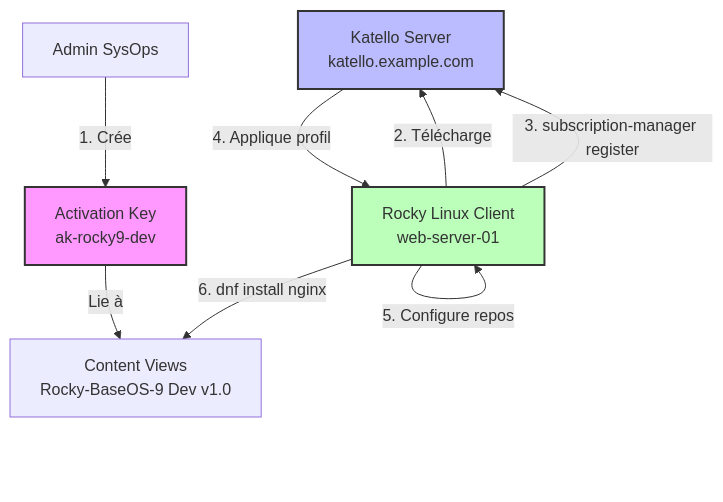
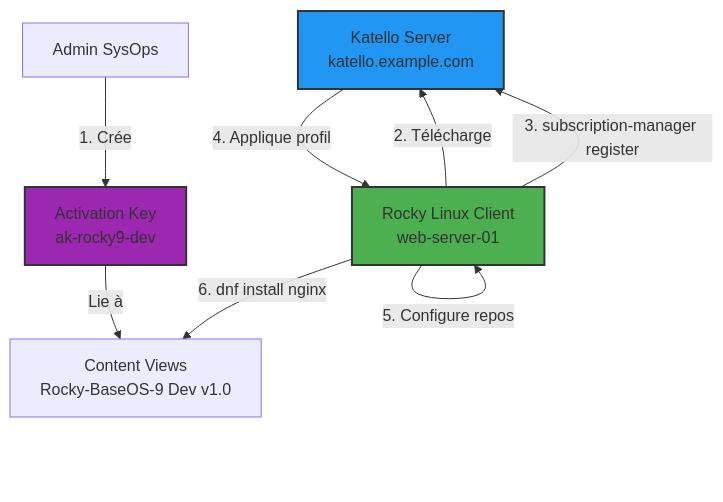
The first of 2 diagrams in docs/formations/katello/03-module.md (VBlackJack/ShellBook), drawn with Mermaid before and after one commit. The commit also changed other lines of this file and 337 other files, not shown here.

First line of the commit message:
refactor(docs): Standardize code blocks and Mermaid colors

````diff
--- a/docs/formations/katello/03-module.md
+++ b/docs/formations/katello/03-module.md
@@ -54,20 +54,20 @@
 ```mermaid
 flowchart TD
     ADMIN[Admin SysOps]
     KATELLO[Katello Server<br/>katello.example.com]
     AK[Activation Key<br/>ak-rocky9-dev]
     CLIENT[Rocky Linux Client<br/>web-server-01]
     REPOS[Content Views<br/>Rocky-BaseOS-9 Dev v1.0]
 
     ADMIN -->|1. Crée| AK
     AK -->|Lie à| REPOS
     CLIENT -->|2. Télécharge| KATELLO
     CLIENT -->|3. subscription-manager register| KATELLO
     KATELLO -->|4. Applique profil| CLIENT
     CLIENT -->|5. Configure repos| CLIENT
     CLIENT -->|6. dnf install nginx| REPOS
 
-    style AK fill:#f9f,stroke:#333,stroke-width:2px
-    style KATELLO fill:#bbf,stroke:#333,stroke-width:2px
-    style CLIENT fill:#bfb,stroke:#333,stroke-width:2px
+    style AK fill:#9C27B0,stroke:#333,stroke-width:2px
+    style KATELLO fill:#2196F3,stroke:#333,stroke-width:2px
+    style CLIENT fill:#4CAF50,stroke:#333,stroke-width:2px
 ```
````
